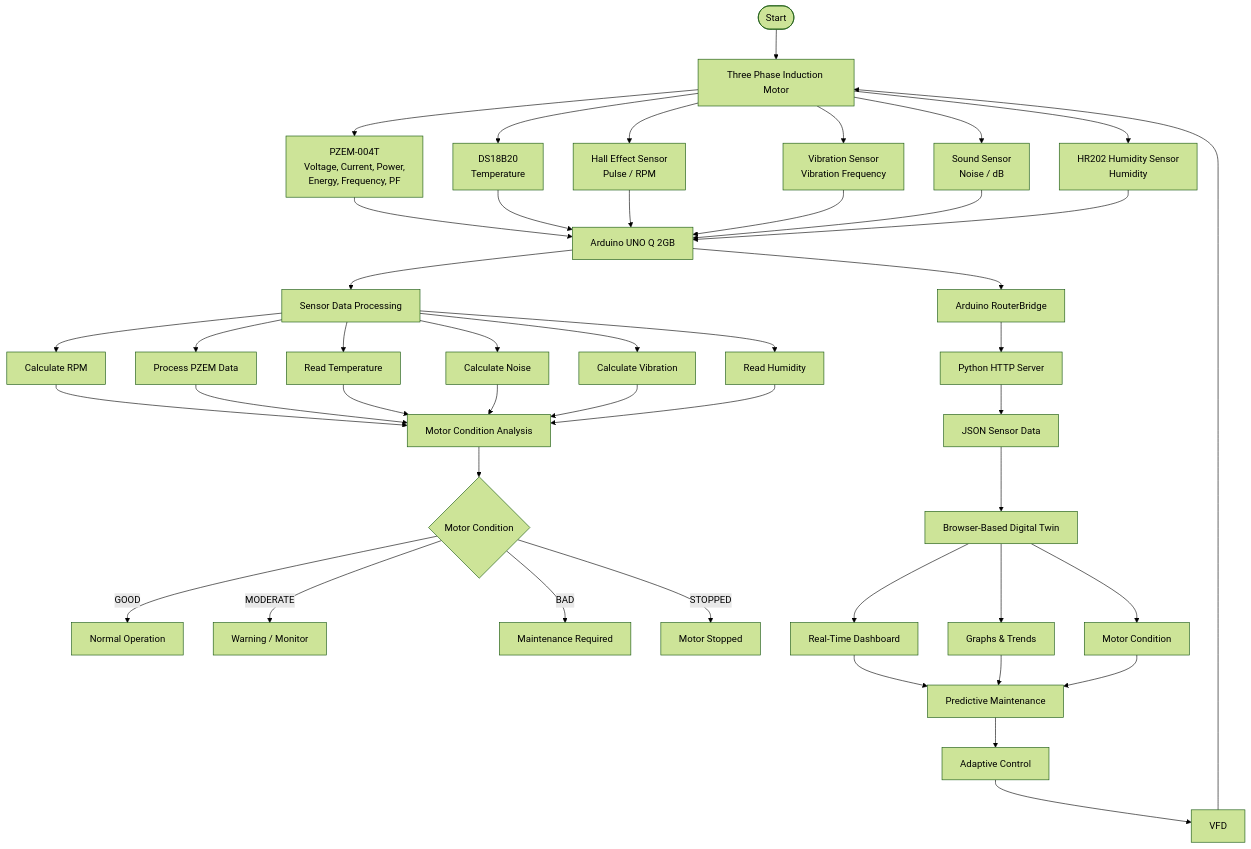
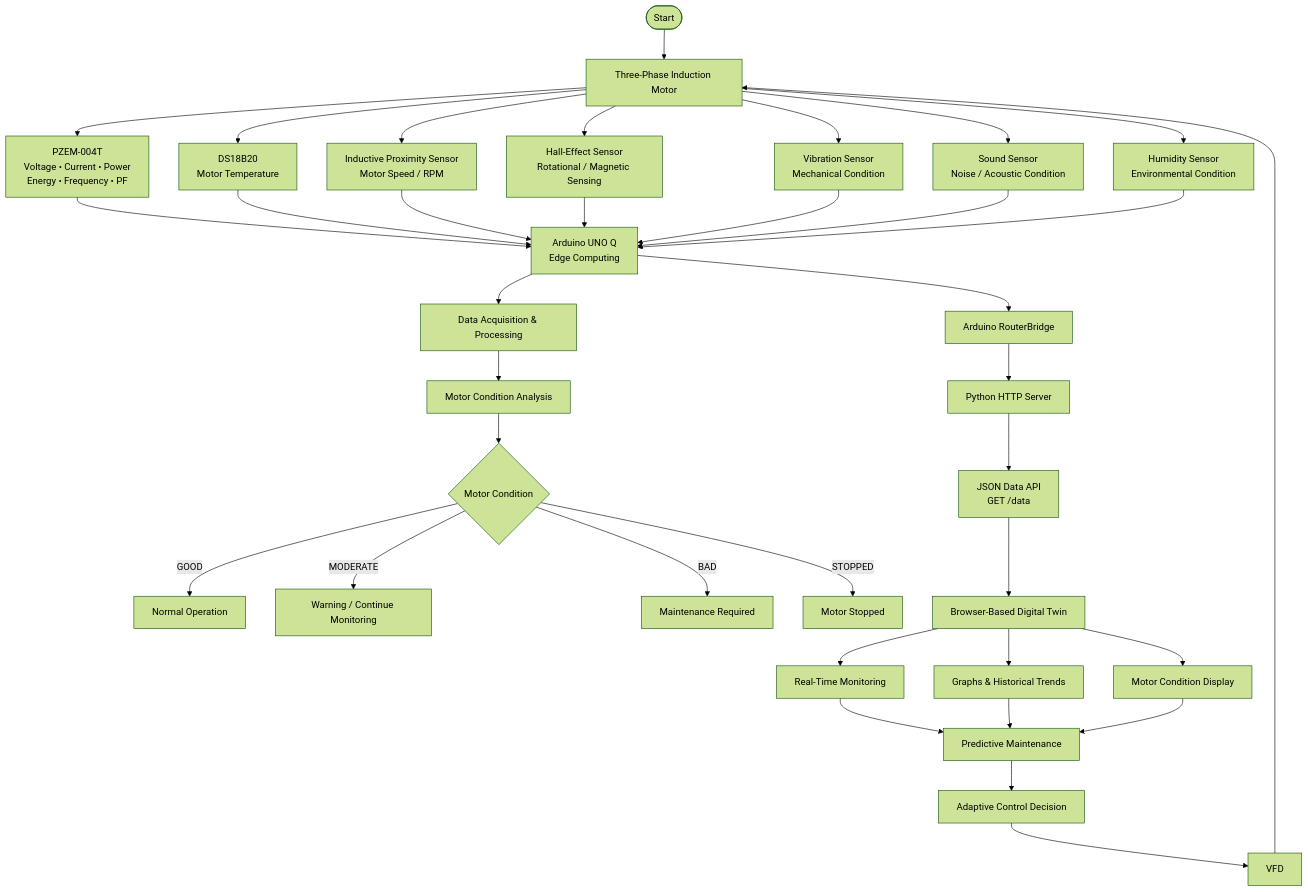
One commit to prathmeshadmile26-cmyk/TAC-Dynamics changed the first of 2 diagrams in README.md. Above: the diagram before and after it, drawn with Mermaid (forest theme). The commit also changed other lines of this file, not shown here.

````diff
--- a/README.md
+++ b/README.md
@@ -5,64 +6,55 @@
 ```mermaid
 flowchart TD
 
     A([Start])
 
-    A --> B[Three Phase Induction Motor]
+    A --> B[Three-Phase Induction Motor]
 
-    B --> C1[PZEM-004T<br/>Voltage, Current, Power,<br/>Energy, Frequency, PF]
-    B --> C2[DS18B20<br/>Temperature]
-    B --> C3[Hall Effect Sensor<br/>Pulse / RPM]
-    B --> C4[Vibration Sensor<br/>Vibration Frequency]
-    B --> C5[Sound Sensor<br/>Noise / dB]
-    B --> C6[HR202 Humidity Sensor<br/>Humidity]
+    B --> C1[PZEM-004T<br/>Voltage • Current • Power<br/>Energy • Frequency • PF]
+    B --> C2[DS18B20<br/>Motor Temperature]
+    B --> C3[Inductive Proximity Sensor<br/>Motor Speed / RPM]
+    B --> C4[Hall-Effect Sensor<br/>Rotational / Magnetic Sensing]
+    B --> C5[Vibration Sensor<br/>Mechanical Condition]
+    B --> C6[Sound Sensor<br/>Noise / Acoustic Condition]
+    B --> C7[Humidity Sensor<br/>Environmental Condition]
 
-    C1 --> D[Arduino UNO Q 2GB]
+    C1 --> D[Arduino UNO Q<br/>Edge Computing]
     C2 --> D
     C3 --> D
     C4 --> D
     C5 --> D
     C6 --> D
+    C7 --> D
 
-    D --> E[Sensor Data Processing]
+    D --> E[Data Acquisition & Processing]
 
-    E --> E1[Calculate RPM]
-    E --> E2[Process PZEM Data]
-    E --> E3[Read Temperature]
-    E --> E4[Calculate Noise]
-    E --> E5[Calculate Vibration]
-    E --> E6[Read Humidity]
-
-    E1 --> F[Motor Condition Analysis]
-    E2 --> F
-    E3 --> F
-    E4 --> F
-    E5 --> F
-    E6 --> F
+    E --> F[Motor Condition Analysis]
 
     F --> G{Motor Condition}
 
     G -->|GOOD| H1[Normal Operation]
-    G -->|MODERATE| H2[Warning / Monitor]
+    G -->|MODERATE| H2[Warning / Continue Monitoring]
     G -->|BAD| H3[Maintenance Required]
     G -->|STOPPED| H4[Motor Stopped]
 
     D --> I[Arduino RouterBridge]
 
     I --> J[Python HTTP Server]
 
-    J --> K[JSON Sensor Data]
+    J --> K[JSON Data API<br/>GET /data]
 
     K --> L[Browser-Based Digital Twin]
 
-    L --> M[Real-Time Dashboard]
-    L --> N[Graphs & Trends]
-    L --> O[Motor Condition]
+    L --> M[Real-Time Monitoring]
+    L --> N[Graphs & Historical Trends]
+    L --> O[Motor Condition Display]
 
     M --> P[Predictive Maintenance]
     N --> P
     O --> P
 
-    P --> Q[Adaptive Control]
+    P --> Q[Adaptive Control Decision]
+
     Q --> R[VFD]
     R --> B
 ```
````
